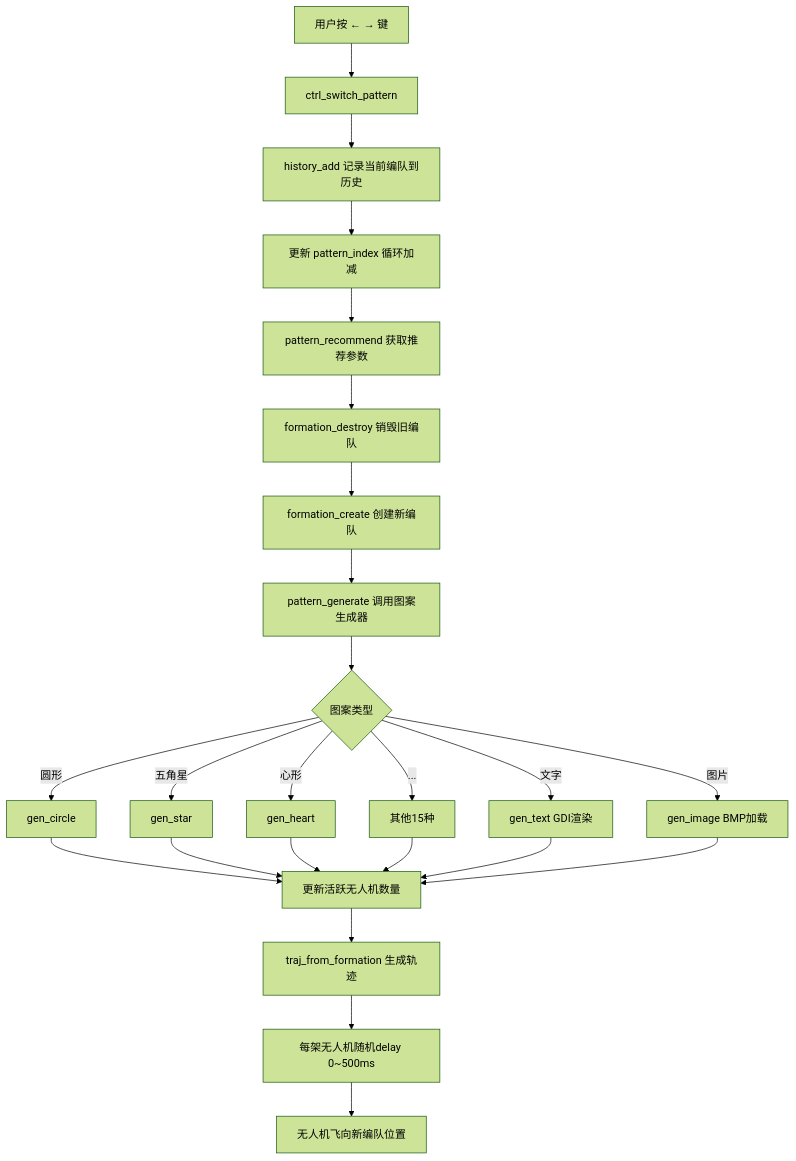
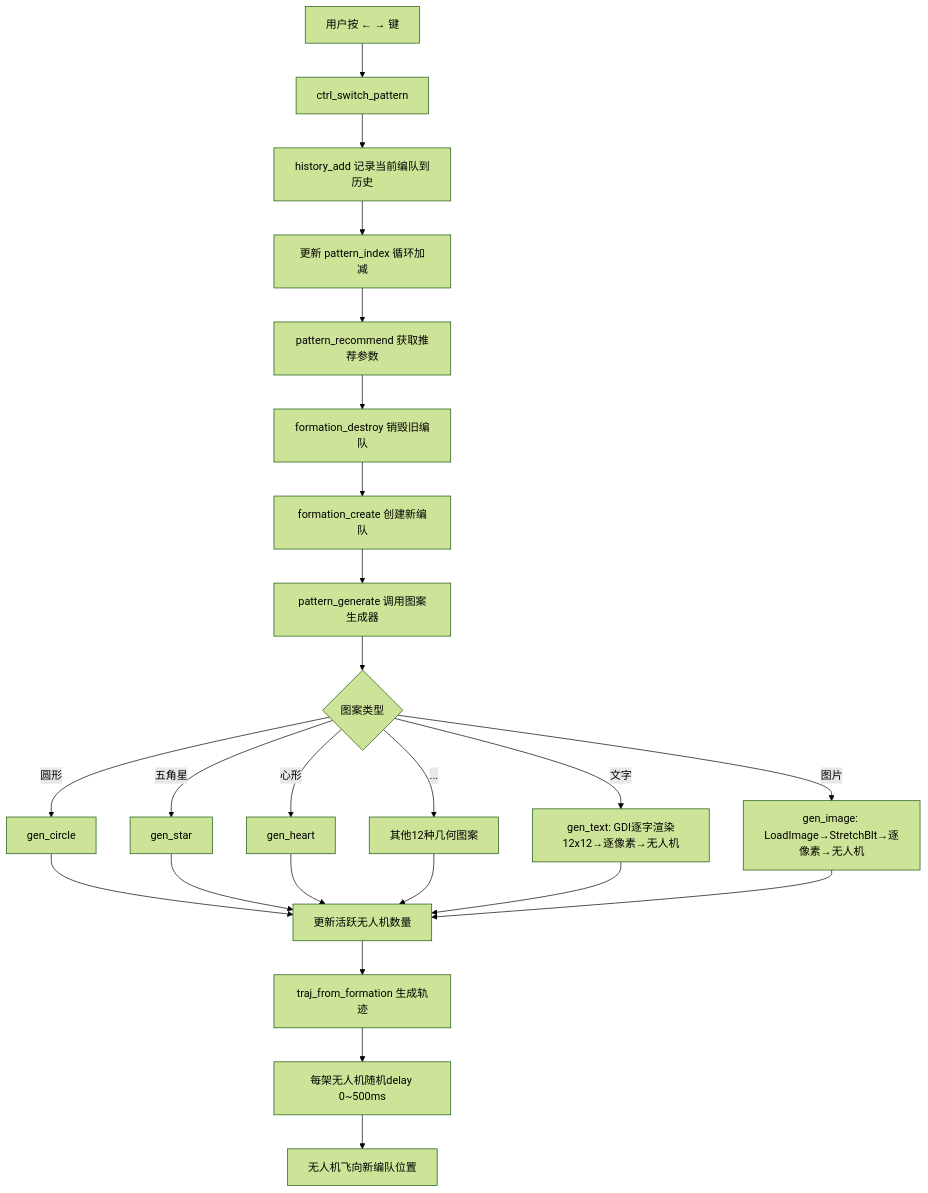
One commit to Fpianmu/Drone changed the fifth of 9 diagrams in flowchart.md. Above: the diagram before and after it, drawn with Mermaid (forest theme). The commit also changed other lines of this file, not shown here.

Commit message:
更新流程图：300→500架、安全检测加入高度信息、文字12x12网格

````diff
--- a/flowchart.md
+++ b/flowchart.md
@@ -99,26 +100,26 @@
 ```mermaid
 flowchart TD
     A[用户按 ← → 键] --> B[ctrl_switch_pattern]
     B --> C[history_add 记录当前编队到历史]
     C --> D[更新 pattern_index 循环加减]
     D --> E[pattern_recommend 获取推荐参数]
     E --> F[formation_destroy 销毁旧编队]
     F --> G[formation_create 创建新编队]
     G --> H[pattern_generate 调用图案生成器]
     H --> I{图案类型}
     I -->|圆形| J1[gen_circle]
     I -->|五角星| J2[gen_star]
     I -->|心形| J3[gen_heart]
-    I -->|...| J4[其他15种]
-    I -->|文字| J5[gen_text GDI渲染]
-    I -->|图片| J6[gen_image BMP加载]
+    I -->|...| J4[其他12种几何图案]
+    I -->|文字| J5[gen_text: GDI逐字渲染12x12→逐像素→无人机]
+    I -->|图片| J6[gen_image: LoadImage→StretchBlt→逐像素→无人机]
     J1 --> K[更新活跃无人机数量]
     J2 --> K
     J3 --> K
     J4 --> K
     J5 --> K
     J6 --> K
     K --> L[traj_from_formation 生成轨迹]
     L --> M[每架无人机随机delay 0~500ms]
     M --> N[无人机飞向新编队位置]
 ```
````
